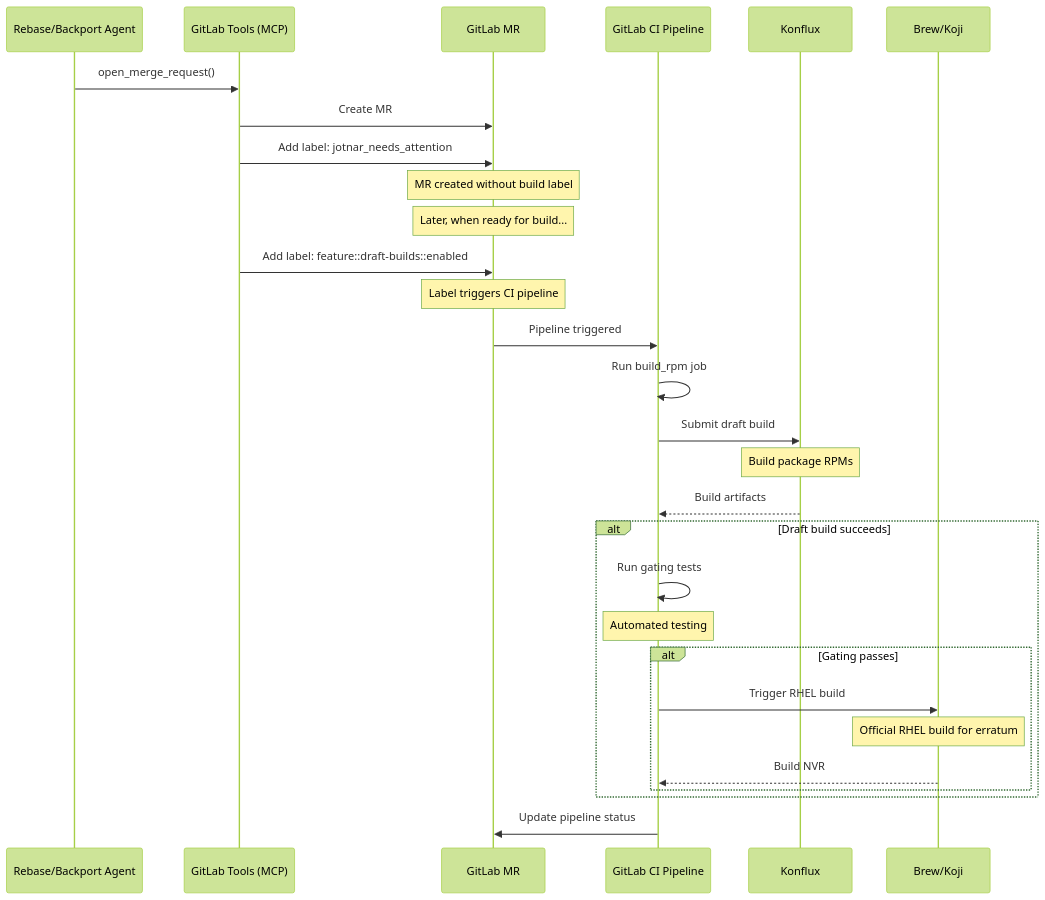
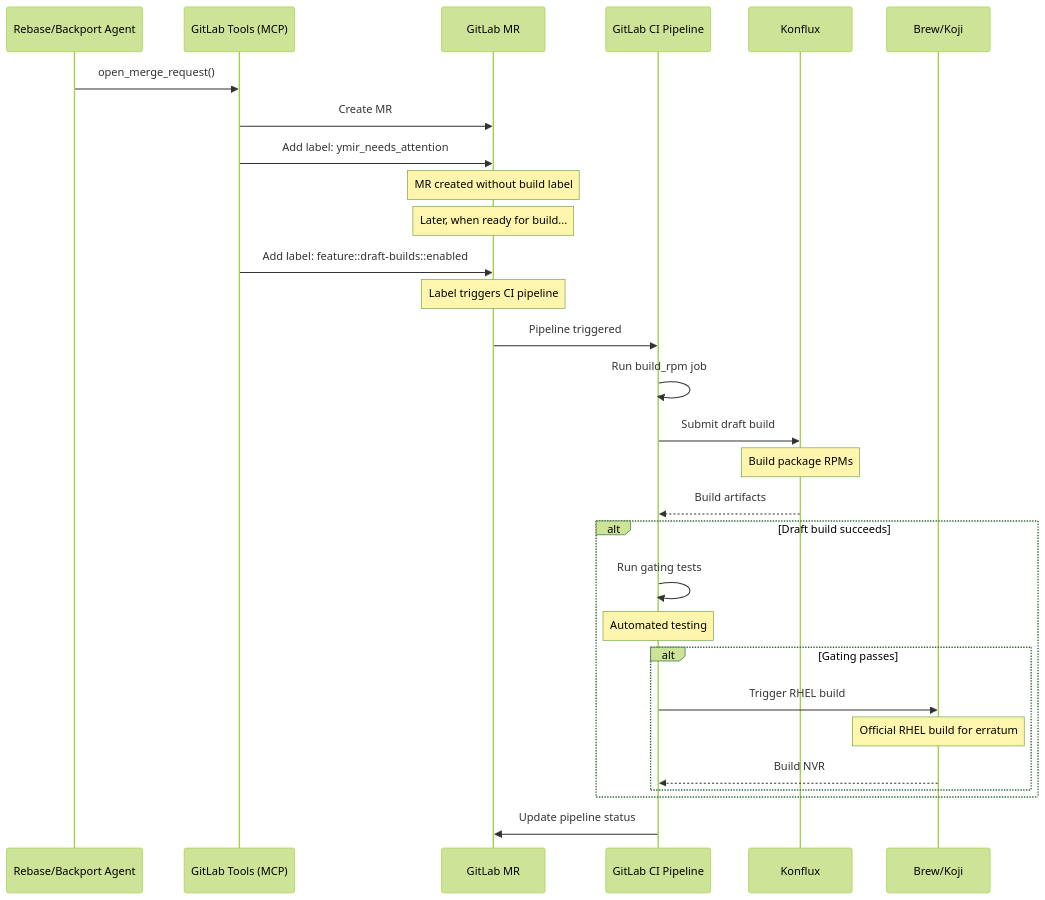
Before and after one commit to packit/ai-workflows: the second of 4 diagrams in brew_konflux_data_flow.md, drawn with Mermaid (forest theme). The commit also changed other lines of this file and 28 other files, not shown here.

First line of the commit message:
Rename Jotnar to Ymir in user-visible text and Jira labels

````diff
--- a/brew_konflux_data_flow.md
+++ b/brew_konflux_data_flow.md
@@ -53,39 +53,39 @@
 ```mermaid
 sequenceDiagram
     participant Agent as Rebase/Backport Agent
     participant MCP as GitLab Tools (MCP)
     participant MR as GitLab MR
     participant CI as GitLab CI Pipeline
     participant Konflux
     participant Brew as Brew/Koji
 
     Agent->>MCP: open_merge_request()
     MCP->>MR: Create MR
-    MCP->>MR: Add label: jotnar_needs_attention
+    MCP->>MR: Add label: ymir_needs_attention
     Note over MR: MR created without build label
 
     Note over MR: Later, when ready for build...
 
     MCP->>MR: Add label: feature::draft-builds::enabled
     Note over MR: Label triggers CI pipeline
 
     MR->>CI: Pipeline triggered
     CI->>CI: Run build_rpm job
 
     CI->>Konflux: Submit draft build
     Note over Konflux: Build package RPMs
     Konflux-->>CI: Build artifacts
 
     alt Draft build succeeds
         CI->>CI: Run gating tests
         Note over CI: Automated testing
 
         alt Gating passes
             CI->>Brew: Trigger RHEL build
             Note over Brew: Official RHEL build for erratum
             Brew-->>CI: Build NVR
         end
     end
 
     CI->>MR: Update pipeline status
 ```
````
